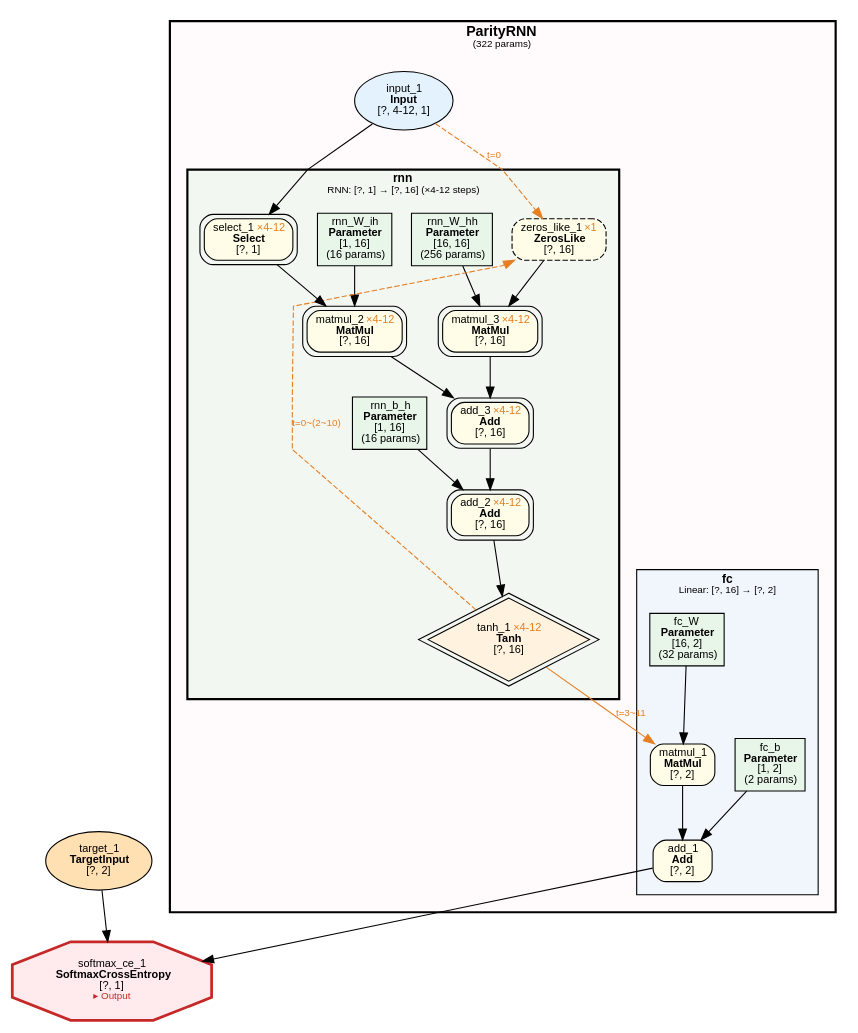
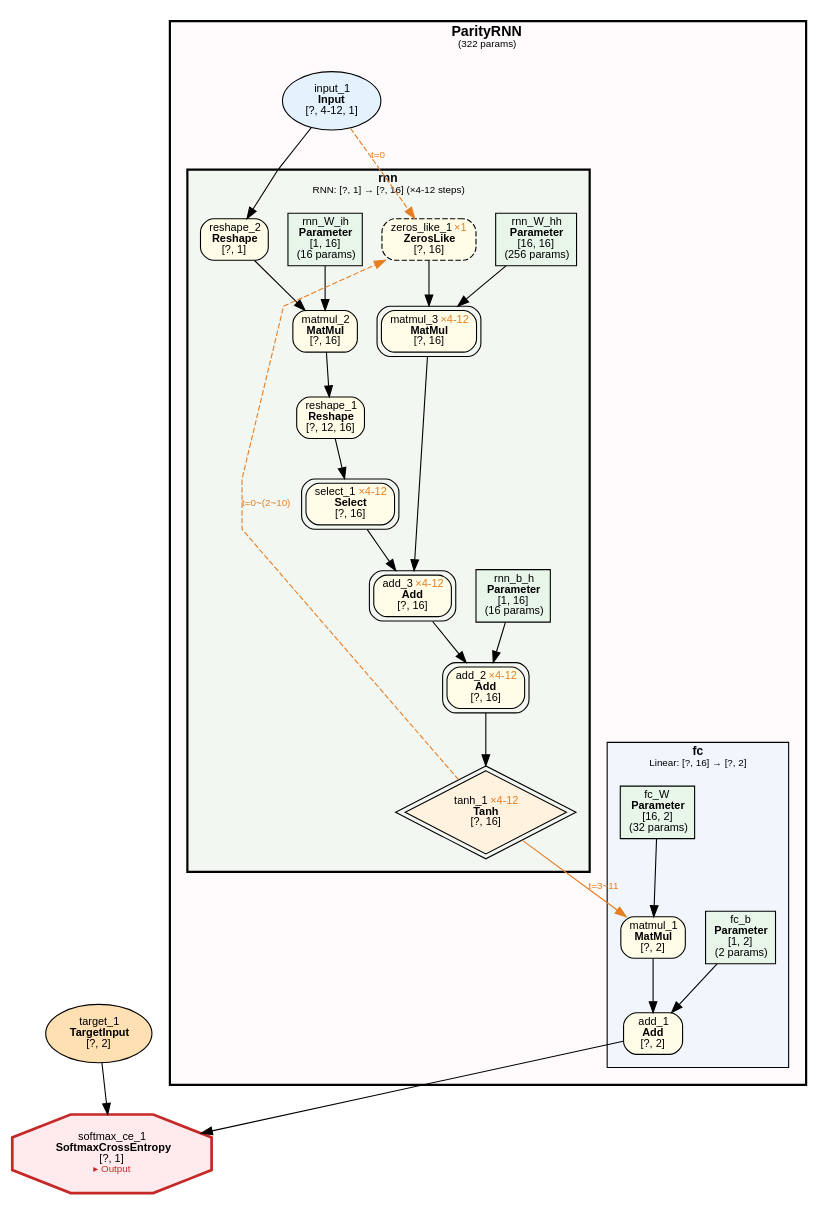
The diagram in examples/traditional/parity_rnn_var_len/parity_rnn_var_len.dot (dbsxdbsx/only_torch), drawn with Graphviz before and after one commit. The commit also changed 8 other files, not shown here.

```diff
--- a/examples/traditional/parity_rnn_var_len/parity_rnn_var_len.dot
+++ b/examples/traditional/parity_rnn_var_len/parity_rnn_var_len.dot
@@ -1,74 +1,78 @@
 digraph ComputeGraph {
     rankdir=TB;
     newrank=true;
     splines=polyline;
     node [fontname="Microsoft YaHei,SimHei,Arial"];
     edge [fontname="Microsoft YaHei,SimHei,Arial"];
 
     subgraph cluster_model_ParityRNN {
         label=<<B>ParityRNN</B><BR/><FONT POINT-SIZE="9">(322 params)</FONT>>;
         style="filled,bold";
         fillcolor="#FFEBEE40";
         fontname="Microsoft YaHei,SimHei,Arial";
         fontsize=13;
         margin=16;
 
         subgraph cluster_ParityRNN_fc {
             label=<<B>fc</B><BR/><FONT POINT-SIZE="9">Linear: [?, 16] → [?, 2]</FONT>>;
             style=filled;
             fillcolor="#E3F2FD80";
             fontname="Microsoft YaHei,SimHei,Arial";
             fontsize=11;
             margin=12;
                 "2" [label=<add_1<BR/><B>Add</B><BR/>[?, 2]> shape=box style="filled,rounded" fillcolor="#FFFDE7" fontsize=10];
                 "4" [label=<matmul_1<BR/><B>MatMul</B><BR/>[?, 2]> shape=box style="filled,rounded" fillcolor="#FFFDE7" fontsize=10];
                 "5" [label=<fc_b<BR/><B>Parameter</B><BR/>[1, 2]<BR/>(2 params)> shape=box style=filled fillcolor="#E8F5E9" fontsize=10];
                 "6" [label=<fc_W<BR/><B>Parameter</B><BR/>[16, 2]<BR/>(32 params)> shape=box style=filled fillcolor="#E8F5E9" fontsize=10];
         }
 
         subgraph cluster_ParityRNN_rnn {
             label=<<B>rnn</B><BR/><FONT POINT-SIZE="9">RNN: [?, 1] → [?, 16] (×4-12 steps)</FONT>>;
             style="filled,bold";
             peripheries=3;
             penwidth=2;
             fillcolor="#E8F5E980";
             fontname="Microsoft YaHei,SimHei,Arial";
             fontsize=11;
             margin=12;
                 "7" [label=<rnn_b_h<BR/><B>Parameter</B><BR/>[1, 16]<BR/>(16 params)> shape=box style=filled fillcolor="#E8F5E9" fontsize=10];
-                "8" [label=<rnn_W_ih<BR/><B>Parameter</B><BR/>[1, 16]<BR/>(16 params)> shape=box style=filled fillcolor="#E8F5E9" fontsize=10];
+                "8" [label=<reshape_1<BR/><B>Reshape</B><BR/>[?, 12, 16]> shape=box style="filled,rounded" fillcolor="#FFFDE7" fontsize=10];
                 "9" [label=<rnn_W_hh<BR/><B>Parameter</B><BR/>[16, 16]<BR/>(256 params)> shape=box style=filled fillcolor="#E8F5E9" fontsize=10];
-                "11" [label=<tanh_1 <FONT COLOR="#E67E22">×4-12</FONT><BR/><B>Tanh</B><BR/>[?, 16]> shape=diamond style=filled fillcolor="#FFF3E0" fontsize=10 peripheries=2];
-                "12" [label=<add_2 <FONT COLOR="#E67E22">×4-12</FONT><BR/><B>Add</B><BR/>[?, 16]> shape=box style="filled,rounded" fillcolor="#FFFDE7" fontsize=10 peripheries=2];
-                "13" [label=<add_3 <FONT COLOR="#E67E22">×4-12</FONT><BR/><B>Add</B><BR/>[?, 16]> shape=box style="filled,rounded" fillcolor="#FFFDE7" fontsize=10 peripheries=2];
-                "14" [label=<matmul_2 <FONT COLOR="#E67E22">×4-12</FONT><BR/><B>MatMul</B><BR/>[?, 16]> shape=box style="filled,rounded" fillcolor="#FFFDE7" fontsize=10 peripheries=2];
-                "15" [label=<matmul_3 <FONT COLOR="#E67E22">×4-12</FONT><BR/><B>MatMul</B><BR/>[?, 16]> shape=box style="filled,rounded" fillcolor="#FFFDE7" fontsize=10 peripheries=2];
-                "16" [label=<select_1 <FONT COLOR="#E67E22">×4-12</FONT><BR/><B>Select</B><BR/>[?, 1]> shape=box style="filled,rounded" fillcolor="#FFFDE7" fontsize=10 peripheries=2];
-                "17" [label=<zeros_like_1 <FONT COLOR="#E67E22">×1</FONT><BR/><B>ZerosLike</B><BR/>[?, 16]> shape=box style="filled,rounded,dashed" fillcolor="#FFFDE7" fontsize=10];
+                "10" [label=<matmul_2<BR/><B>MatMul</B><BR/>[?, 16]> shape=box style="filled,rounded" fillcolor="#FFFDE7" fontsize=10];
+                "11" [label=<reshape_2<BR/><B>Reshape</B><BR/>[?, 1]> shape=box style="filled,rounded" fillcolor="#FFFDE7" fontsize=10];
+                "12" [label=<rnn_W_ih<BR/><B>Parameter</B><BR/>[1, 16]<BR/>(16 params)> shape=box style=filled fillcolor="#E8F5E9" fontsize=10];
+                "14" [label=<tanh_1 <FONT COLOR="#E67E22">×4-12</FONT><BR/><B>Tanh</B><BR/>[?, 16]> shape=diamond style=filled fillcolor="#FFF3E0" fontsize=10 peripheries=2];
+                "15" [label=<add_2 <FONT COLOR="#E67E22">×4-12</FONT><BR/><B>Add</B><BR/>[?, 16]> shape=box style="filled,rounded" fillcolor="#FFFDE7" fontsize=10 peripheries=2];
+                "16" [label=<add_3 <FONT COLOR="#E67E22">×4-12</FONT><BR/><B>Add</B><BR/>[?, 16]> shape=box style="filled,rounded" fillcolor="#FFFDE7" fontsize=10 peripheries=2];
+                "17" [label=<select_1 <FONT COLOR="#E67E22">×4-12</FONT><BR/><B>Select</B><BR/>[?, 16]> shape=box style="filled,rounded" fillcolor="#FFFDE7" fontsize=10 peripheries=2];
+                "18" [label=<matmul_3 <FONT COLOR="#E67E22">×4-12</FONT><BR/><B>MatMul</B><BR/>[?, 16]> shape=box style="filled,rounded" fillcolor="#FFFDE7" fontsize=10 peripheries=2];
+                "19" [label=<zeros_like_1 <FONT COLOR="#E67E22">×1</FONT><BR/><B>ZerosLike</B><BR/>[?, 16]> shape=box style="filled,rounded,dashed" fillcolor="#FFFDE7" fontsize=10];
         }
 
-        "10" [label=<input_1<BR/><B>Input</B><BR/>[?, 4-12, 1]> shape=ellipse style=filled fillcolor="#E3F2FD" fontsize=10];
+        "13" [label=<input_1<BR/><B>Input</B><BR/>[?, 4-12, 1]> shape=ellipse style=filled fillcolor="#E3F2FD" fontsize=10];
     }
 
     "1" [label=<softmax_ce_1<BR/><B>SoftmaxCrossEntropy</B><BR/>[?, 1]<BR/><FONT COLOR="#C62828" POINT-SIZE="9">▸ Output</FONT>> shape=octagon style=filled fillcolor="#FFEBEE" fontsize=10 penwidth=2.5 color="#C62828"];
     "3" [label=<target_1<BR/><B>TargetInput</B><BR/>[?, 2]> shape=ellipse style=filled fillcolor="#FFE0B2" fontsize=10];
 
     "2" -> "1";
     "3" -> "1";
     "4" -> "2";
     "5" -> "2";
-    "11" -> "4" [ color="#E67E22" label=<t=3~11> fontcolor="#E67E22" fontsize=9];
+    "14" -> "4" [ color="#E67E22" label=<t=3~11> fontcolor="#E67E22" fontsize=9];
     "6" -> "4";
-    "12" -> "11";
-    "13" -> "12";
-    "7" -> "12";
-    "14" -> "13";
-    "15" -> "13";
-    "16" -> "14";
-    "8" -> "14";
-    "17" -> "15";
-    "9" -> "15";
-    "10" -> "16";
-    "10" -> "17" [ style=dashed color="#E67E22" label=<t=0> fontcolor="#E67E22" fontsize=9];
-    "11" -> "17" [style=dashed color="#E67E22" label=<t=0~(2~10)> fontcolor="#E67E22" fontsize=9 constraint=false];
+    "10" -> "8";
+    "11" -> "10";
+    "12" -> "10";
+    "13" -> "11";
+    "15" -> "14";
+    "16" -> "15";
+    "7" -> "15";
+    "17" -> "16";
+    "18" -> "16";
+    "8" -> "17";
+    "19" -> "18";
+    "9" -> "18";
+    "13" -> "19" [ style=dashed color="#E67E22" label=<t=0> fontcolor="#E67E22" fontsize=9];
+    "14" -> "19" [style=dashed color="#E67E22" label=<t=0~(2~10)> fontcolor="#E67E22" fontsize=9 constraint=false];
 }
```
